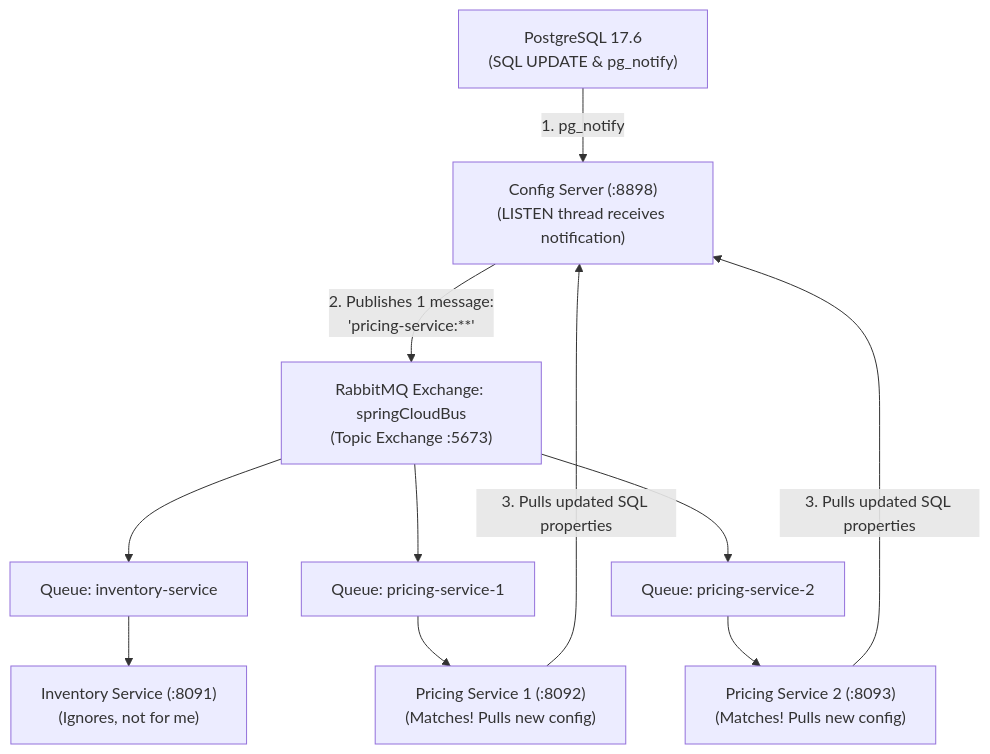
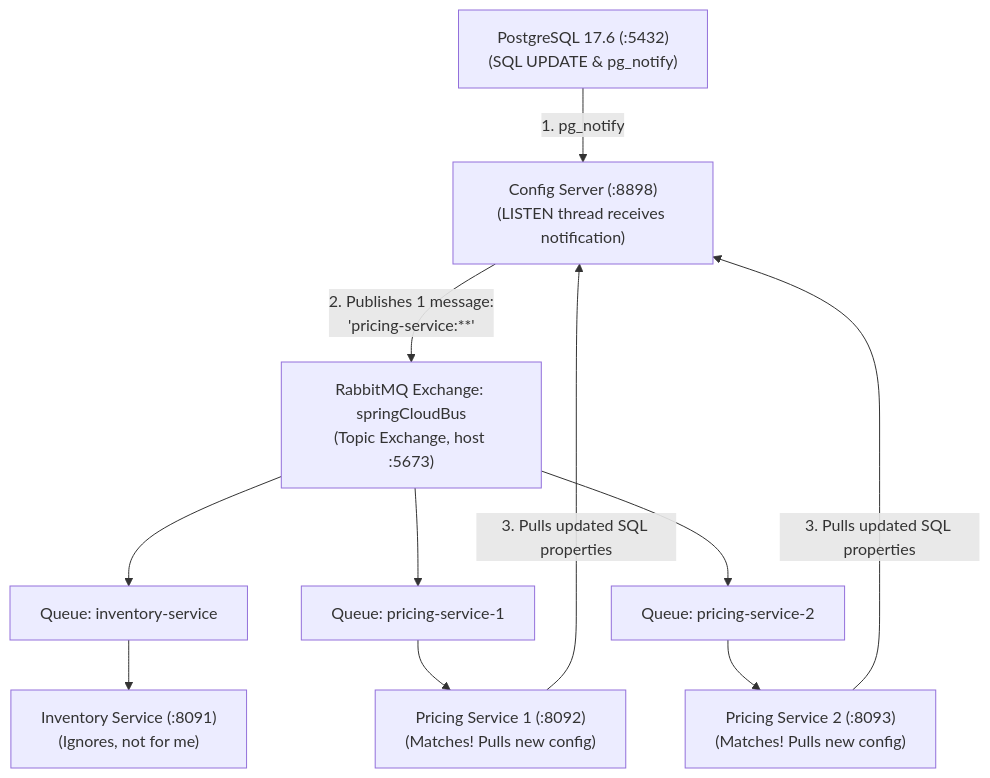
One commit to kirankumarhm/springboot-config-server-external-properties-demo changed the fourth of 4 diagrams in version-b-jdbc/README.md. Above: the diagram before and after it, drawn with Mermaid. The commit also changed other lines of this file and 4 other files, not shown here.

````diff
--- a/version-b-jdbc/README.md
+++ b/version-b-jdbc/README.md
@@ -125,20 +141,20 @@
 ```mermaid
 graph TD
-    DB["PostgreSQL 17.6<br/>(SQL UPDATE & pg_notify)"]
+    DB["PostgreSQL 17.6 (:5432)<br/>(SQL UPDATE & pg_notify)"]
     CS["Config Server (:8898)<br/>(LISTEN thread receives notification)"]
-    Ex["RabbitMQ Exchange: springCloudBus<br/>(Topic Exchange :5673)"]
+    Ex["RabbitMQ Exchange: springCloudBus<br/>(Topic Exchange, host :5673)"]
     Q1["Queue: inventory-service"]
     Q2["Queue: pricing-service-1"]
     Q3["Queue: pricing-service-2"]
     Inv["Inventory Service (:8091)<br/>(Ignores, not for me)"]
     Prc1["Pricing Service 1 (:8092)<br/>(Matches! Pulls new config)"]
     Prc2["Pricing Service 2 (:8093)<br/>(Matches! Pulls new config)"]
 
     DB -- "1. pg_notify" --> CS
     CS -- "2. Publishes 1 message:<br/>'pricing-service:**'" --> Ex
     Ex --> Q1 --> Inv
     Ex --> Q2 --> Prc1
     Ex --> Q3 --> Prc2
     Prc1 -- "3. Pulls updated SQL properties" --> CS
     Prc2 -- "3. Pulls updated SQL properties" --> CS
 ```
````
